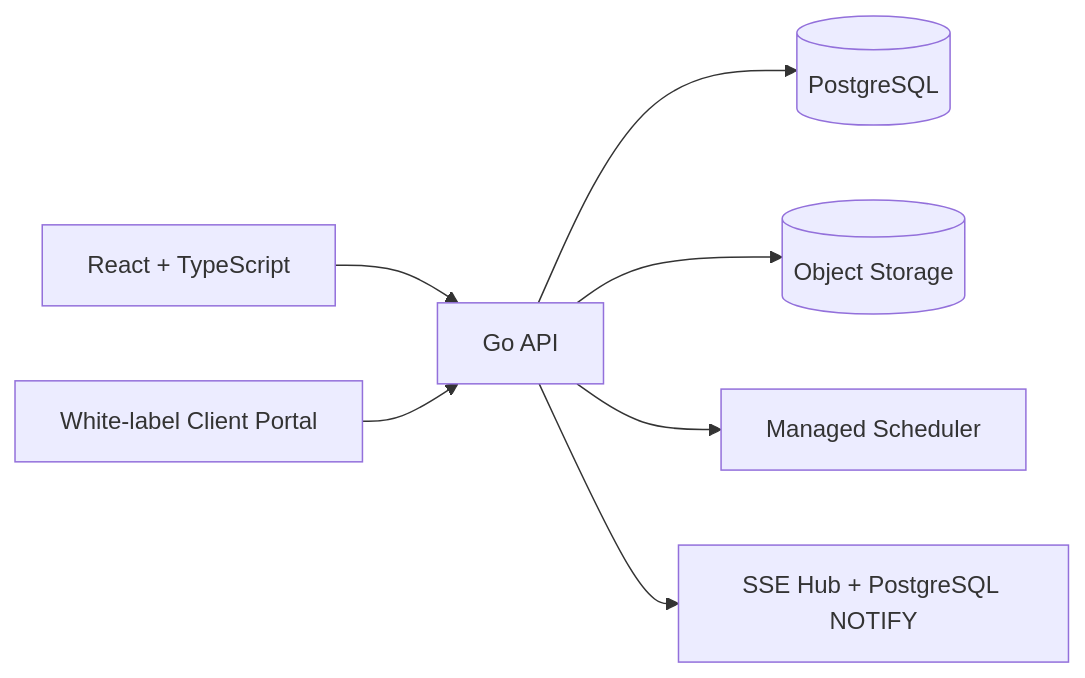
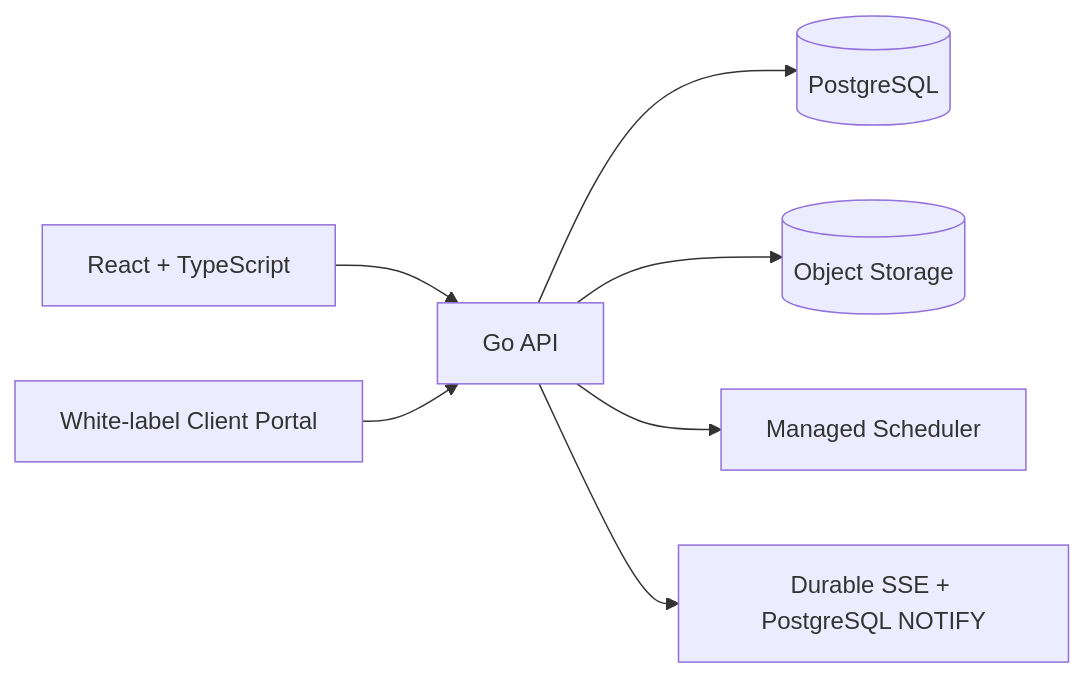
One commit to thiagomontozo/lawoffice-os changed the first of 2 diagrams in README.md. Above: the diagram before and after it, drawn with Mermaid. The commit also changed other lines of this file and 14 other files, not shown here.

````diff
--- a/README.md
+++ b/README.md
@@ -38,9 +38,9 @@
 ```mermaid
 flowchart LR
     React["React + TypeScript"] --> API["Go API"]
     Portal["White-label Client Portal"] --> API
     API --> PG[(PostgreSQL)]
     API --> Storage[(Object Storage)]
     API --> Scheduler["Managed Scheduler"]
-    API --> SSE["SSE Hub + PostgreSQL NOTIFY"]
+    API --> SSE["Durable SSE + PostgreSQL NOTIFY"]
 ```
````
